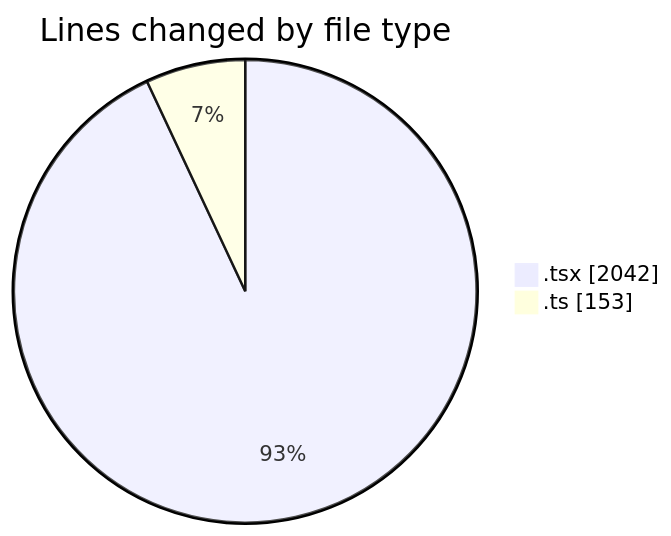
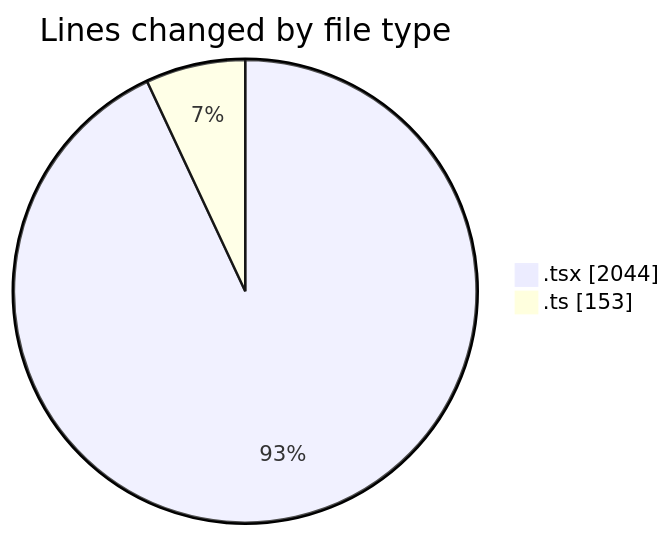
One commit to nxtqubesakshisongat/code-tracking changed the first of 2 diagrams in 2026-03-27/nxtqube_webapp/README.md. Above: the diagram before and after it, drawn with Mermaid. The commit also changed other lines of this file and 1 other file, not shown here.

````diff
--- a/2026-03-27/nxtqube_webapp/README.md
+++ b/2026-03-27/nxtqube_webapp/README.md
@@ -23,6 +23,6 @@
 ```mermaid
 pie showData
 title Lines changed by file type
-".tsx" : 2042
+".tsx" : 2044
 ".ts" : 153
 ```
````
